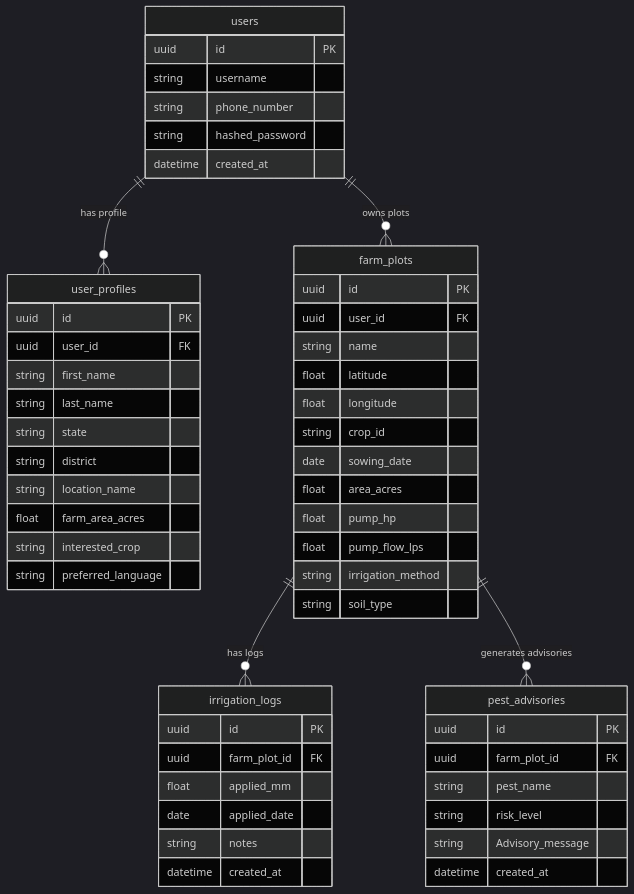
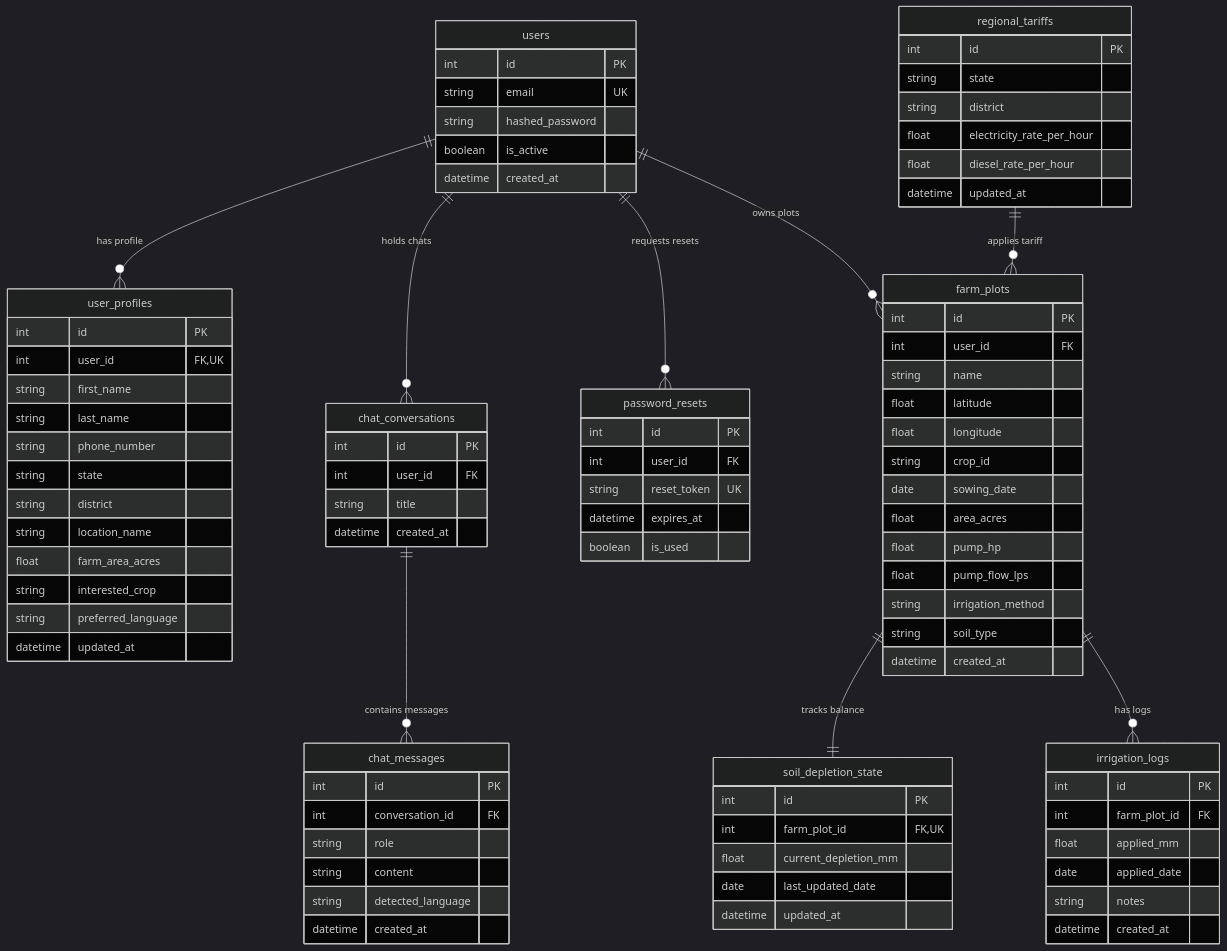
The fourth of 4 diagrams in MASTER_PROJECT_DOCUMENTATION.md (arpanpramanik2003/JalDrishti-AI), drawn with Mermaid (dark theme) before and after one commit. The commit also changed other lines of this file, not shown here.

Commit message:
docs: add contributor profiles and refine technical documentation for JalDrishti architecture and features

````diff
--- a/MASTER_PROJECT_DOCUMENTATION.md
+++ b/MASTER_PROJECT_DOCUMENTATION.md
@@ -373,33 +353,39 @@
 erDiagram
     users ||--o{ user_profiles : "has profile"
     users ||--o{ farm_plots : "owns plots"
+    users ||--o{ password_resets : "requests resets"
     farm_plots ||--o{ irrigation_logs : "has logs"
-    farm_plots ||--o{ pest_advisories : "generates advisories"
+    farm_plots ||--|| soil_depletion_state : "tracks balance"
+    regional_tariffs ||--o{ farm_plots : "applies tariff"
+    users ||--o{ chat_conversations : "holds chats"
+    chat_conversations ||--o{ chat_messages : "contains messages"
 
     users {
-        uuid id PK
-        string username
-        string phone_number
+        int id PK
+        string email UK
         string hashed_password
+        boolean is_active
         datetime created_at
     }
 
     user_profiles {
-        uuid id PK
-        uuid user_id FK
+        int id PK
+        int user_id FK, UK
         string first_name
         string last_name
+        string phone_number
         string state
         string district
         string location_name
         float farm_area_acres
         string interested_crop
         string preferred_language
+        datetime updated_at
     }
 
     farm_plots {
-        uuid id PK
-        uuid user_id FK
+        int id PK
+        int user_id FK
         string name
         float latitude
         float longitude
@@ -410,23 +396,56 @@
         float pump_flow_lps
         string irrigation_method
         string soil_type
+        datetime created_at
     }
 
     irrigation_logs {
-        uuid id PK
-        uuid farm_plot_id FK
+        int id PK
+        int farm_plot_id FK
         float applied_mm
         date applied_date
         string notes
         datetime created_at
     }
 
-    pest_advisories {
-        uuid id PK
-        uuid farm_plot_id FK
-        string pest_name
-        string risk_level
-        string Advisory_message
+    soil_depletion_state {
+        int id PK
+        int farm_plot_id FK, UK
+        float current_depletion_mm
+        date last_updated_date
+        datetime updated_at
+    }
+
+    regional_tariffs {
+        int id PK
+        string state
+        string district
+        float electricity_rate_per_hour
+        float diesel_rate_per_hour
+        datetime updated_at
+    }
+
+    chat_conversations {
+        int id PK
+        int user_id FK
+        string title
         datetime created_at
     }
+
+    chat_messages {
+        int id PK
+        int conversation_id FK
+        string role
+        string content
+        string detected_language
+        datetime created_at
+    }
+
+    password_resets {
+        int id PK
+        int user_id FK
+        string reset_token UK
+        datetime expires_at
+        boolean is_used
+    }
 ```
````
